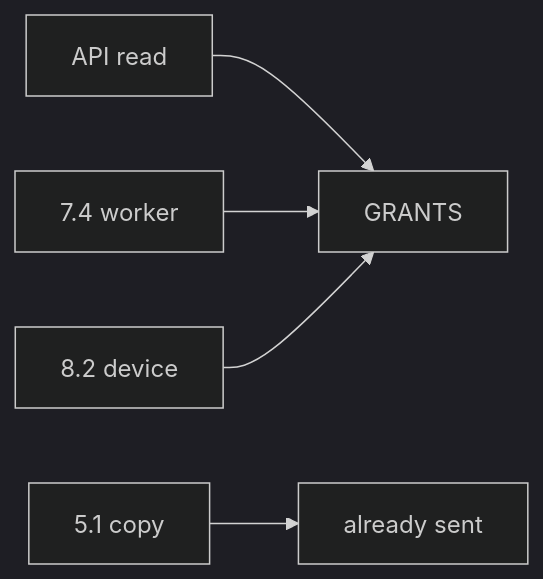
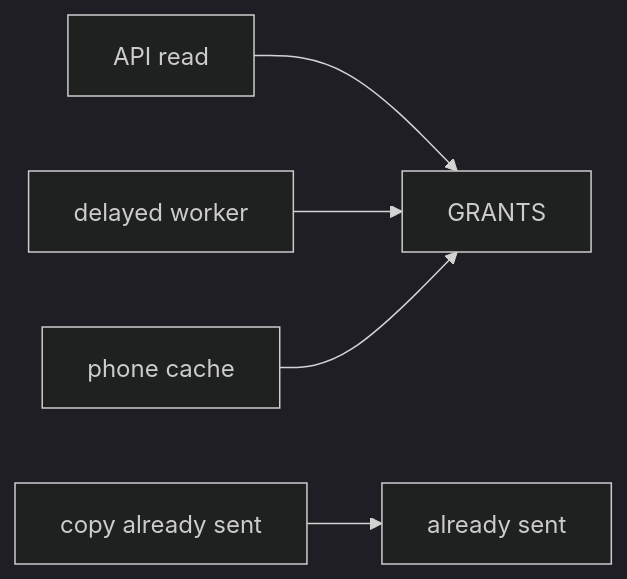
The second of 2 diagrams in content/modules/11/11/lessons/02-model.md (ishitvagoel/LearnSecurity), drawn with Mermaid (dark theme) before and after one commit. The commit also changed other lines of this file and 55 other files, not shown here.

````diff
--- a/content/modules/11/11/lessons/02-model.md
+++ b/content/modules/11/11/lessons/02-model.md
@@ -24,7 +27,7 @@
 ```mermaid
 flowchart LR
   Api[API read] --> Grant[GRANTS]
-  Worker["7.4 worker"] --> Grant
-  Cache["8.2 device"] --> Grant
-  Mail["5.1 copy"] --> Residual[already sent]
+  Worker[delayed worker] --> Grant
+  Cache[phone cache] --> Grant
+  Mail[copy already sent] --> Residual[already sent]
 ```
````
